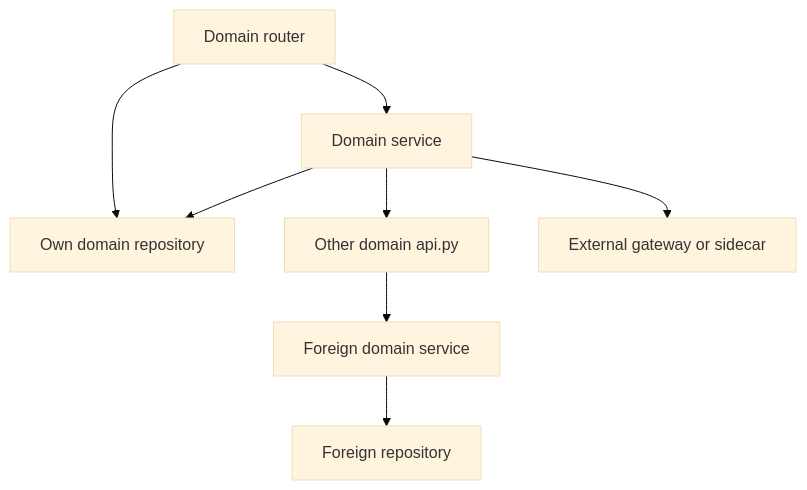
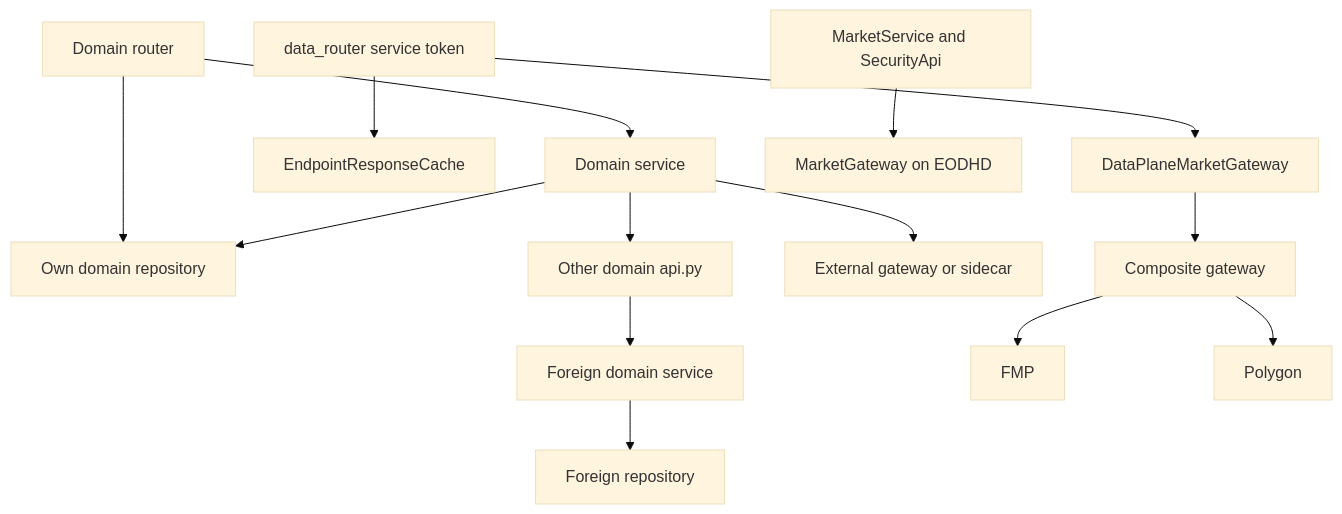
The third of 3 diagrams in openwiki/architecture/domains.md (havekes/retail-portfolio), drawn with Mermaid (base theme) before and after one commit. The commit also changed other lines of this file and 57 other files, not shown here.

````diff
--- a/openwiki/architecture/domains.md
+++ b/openwiki/architecture/domains.md
@@ -512,10 +608,16 @@
 ```mermaid
 flowchart TD
   Router["Domain router"] --> Service["Domain service"]
   Router --> OwnRepo["Own domain repository"]
   Service --> OwnRepo
   Service --> ForeignApi["Other domain api.py"]
   ForeignApi --> ForeignService["Foreign domain service"]
   ForeignService --> ForeignRepo["Foreign repository"]
   Service --> External["External gateway or sidecar"]
+  DataRouter["data_router service token"] --> Cache["EndpointResponseCache"]
+  DataRouter --> DataGateway["DataPlaneMarketGateway"]
+  DataGateway --> Composite["Composite gateway"]
+  Composite --> Fmp["FMP"]
+  Composite --> Polygon["Polygon"]
+  Legacy["MarketService and SecurityApi"] --> Eodhd["MarketGateway on EODHD"]
 ```
````
